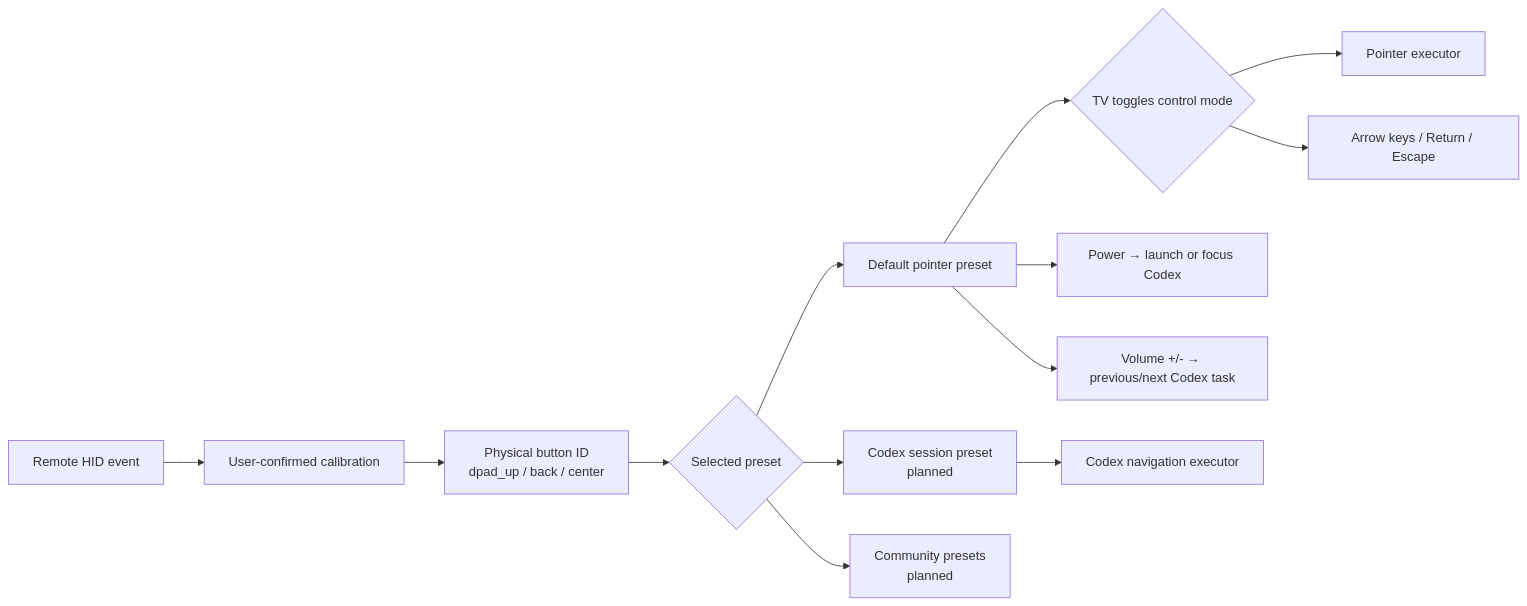
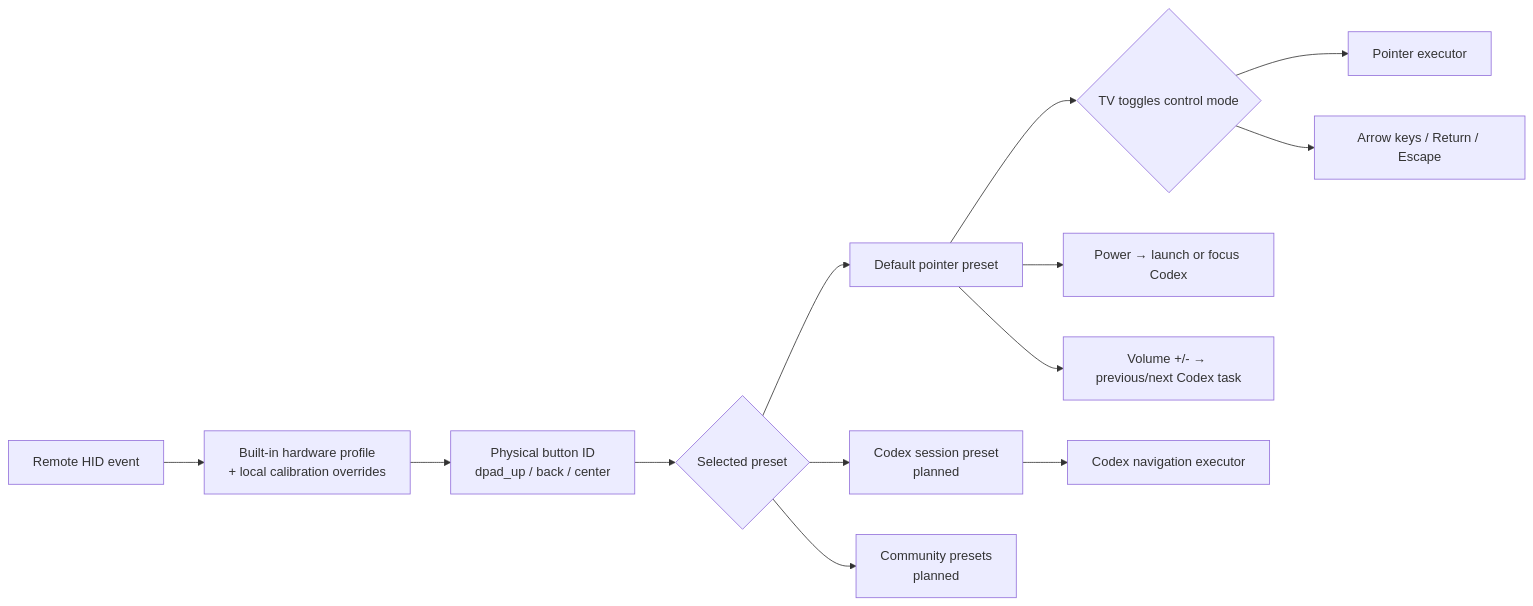
The diagram in docs/BUTTON_PRESETS_EN.md (fanxeon/mi-ao), drawn with Mermaid before and after one commit. The commit also changed other lines of this file and 24 other files, not shown here.

````diff
--- a/docs/BUTTON_PRESETS_EN.md
+++ b/docs/BUTTON_PRESETS_EN.md
@@ -13,15 +13,15 @@
 ```mermaid
 flowchart LR
-    A["Remote HID event"] --> B["User-confirmed calibration"]
+    A["Remote HID event"] --> B["Built-in hardware profile<br/>+ local calibration overrides"]
     B --> C["Physical button ID<br/>dpad_up / back / center"]
     C --> D{"Selected preset"}
     D --> E["Default pointer preset"]
     D --> F["Codex session preset<br/>planned"]
     D --> G["Community presets<br/>planned"]
     E --> H{"TV toggles control mode"}
     H --> J["Pointer executor"]
     H --> K["Arrow keys / Return / Escape"]
     E --> L["Power → launch or focus Codex"]
     E --> M["Volume +/- → previous/next Codex task"]
     F --> I["Codex navigation executor"]
 ```
````
